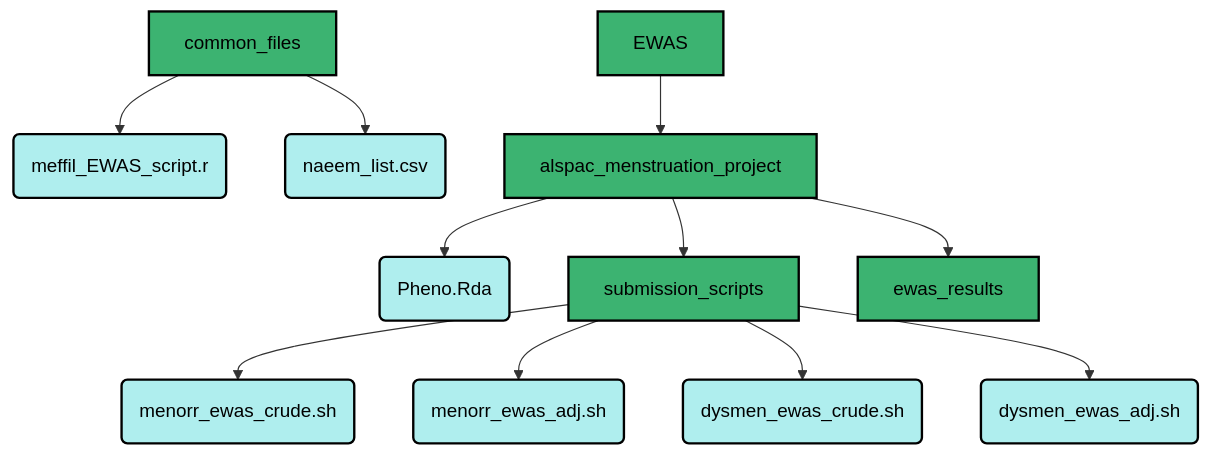
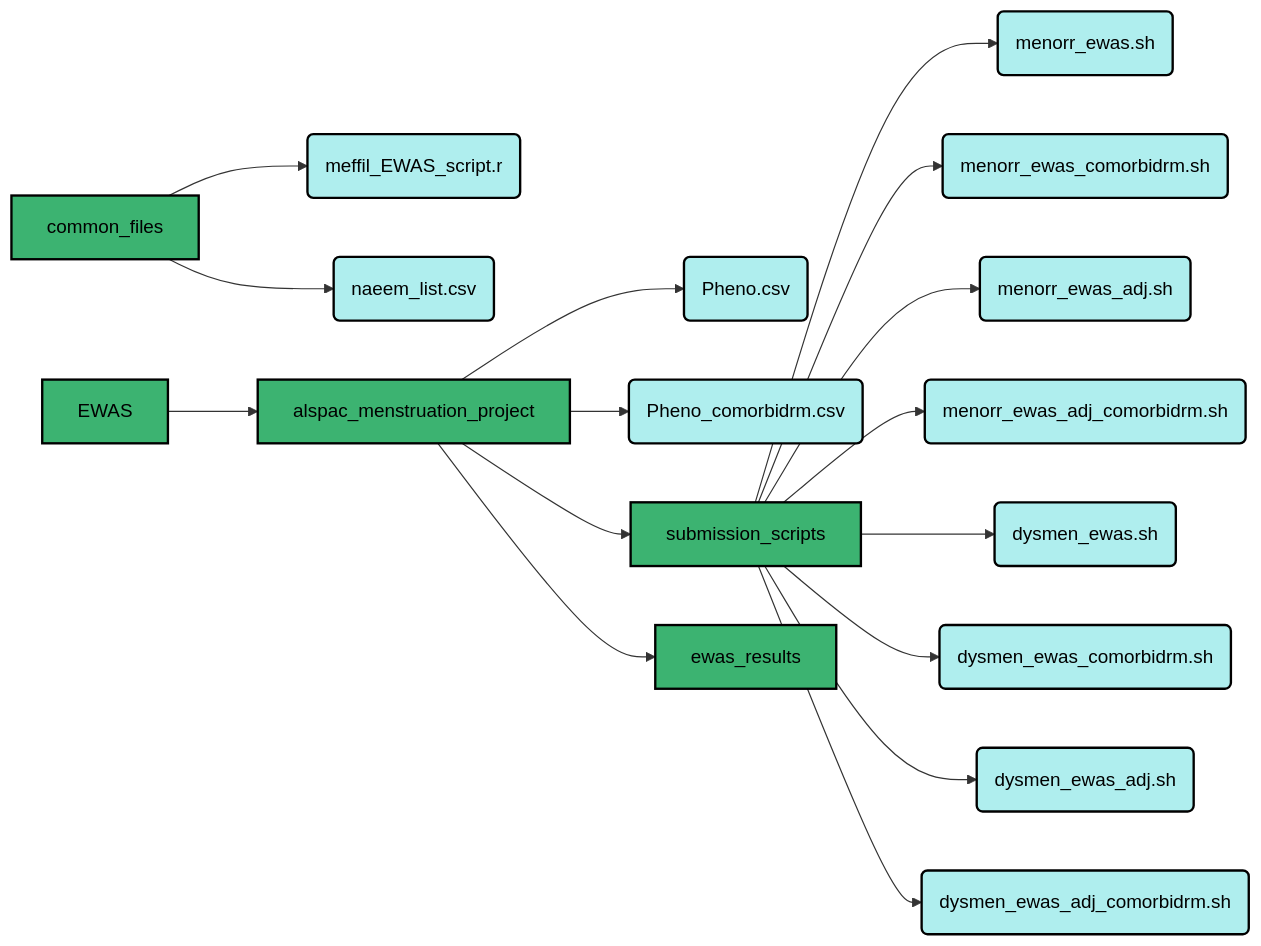
Before and after one commit to flozoemartin/MP1: the diagram in Code/BlueCrystal Paths.md, drawn with Mermaid. The commit also changed other lines of this file, not shown here.

````diff
--- a/Code/BlueCrystal Paths.md
+++ b/Code/BlueCrystal Paths.md
@@ -68,27 +68,36 @@
 ```mermaid
-  graph TD;
+  graph LR;
     A[common_files] --> B(meffil_EWAS_script.r);
     A[common_files] --> C(naeem_list.csv);
     D[EWAS] --> E[alspac_menstruation_project];
-    E[alspac_menstruation_project] --> F(Pheno.Rda);
-    E[alspac_menstruation_project] --> G[submission_scripts];
-    E[alspac_menstruation_project] --> H[ewas_results];
-    G[submission_scripts] --> I(menorr_ewas_crude.sh);
-    G[submission_scripts] --> J(menorr_ewas_adj.sh);
-    G[submission_scripts] --> K(dysmen_ewas_crude.sh);
-    G[submission_scripts] --> L(dysmen_ewas_adj.sh)
+    E[alspac_menstruation_project] --> F(Pheno.csv);
+    E[alspac_menstruation_project] --> G(Pheno_comorbidrm.csv);
+    E[alspac_menstruation_project] --> H[submission_scripts];
+    E[alspac_menstruation_project] --> I[ewas_results];
+    H[submission_scripts] --> J(menorr_ewas.sh);
+    H[submission_scripts] --> K(menorr_ewas_comorbidrm.sh);
+    H[submission_scripts] --> L(menorr_ewas_adj.sh);
+    H[submission_scripts] --> M(menorr_ewas_adj_comorbidrm.sh);
+    H[submission_scripts] --> N(dysmen_ewas.sh);
+    H[submission_scripts] --> O(dysmen_ewas_comorbidrm.sh);
+    H[submission_scripts] --> P(dysmen_ewas_adj.sh)
+    H[submission_scripts] --> Q(dysmen_ewas_adj_comorbidrm.sh);
 style A fill:#3cb371, stroke:#000000,stroke-width:2px,color:#000000
 style B fill:#afeeee, stroke:#000000,stroke-width:2px,color:#000000
 style C fill:#afeeee, stroke:#000000,stroke-width:2px,color:#000000
 style D fill:#3cb371, stroke:#000000,stroke-width:2px,color:#000000
 style E fill:#3cb371, stroke:#000000,stroke-width:2px,color:#000000
 style F fill:#afeeee, stroke:#000000,stroke-width:2px,color:#000000
-style G fill:#3cb371, stroke:#000000,stroke-width:2px,color:#000000
+style G fill:#afeeee, stroke:#000000,stroke-width:2px,color:#000000
 style H fill:#3cb371, stroke:#000000,stroke-width:2px,color:#000000
-style G fill:#3cb371, stroke:#000000,stroke-width:2px,color:#000000
-style I fill:#afeeee, stroke:#000000,stroke-width:2px,color:#000000
+style I fill:#3cb371, stroke:#000000,stroke-width:2px,color:#000000
 style J fill:#afeeee, stroke:#000000,stroke-width:2px,color:#000000
 style K fill:#afeeee, stroke:#000000,stroke-width:2px,color:#000000
 style L fill:#afeeee, stroke:#000000,stroke-width:2px,color:#000000
+style M fill:#afeeee, stroke:#000000,stroke-width:2px,color:#000000
+style N fill:#afeeee, stroke:#000000,stroke-width:2px,color:#000000
+style O fill:#afeeee, stroke:#000000,stroke-width:2px,color:#000000
+style P fill:#afeeee, stroke:#000000,stroke-width:2px,color:#000000
+style Q fill:#afeeee, stroke:#000000,stroke-width:2px,color:#000000
     
 ```
````
